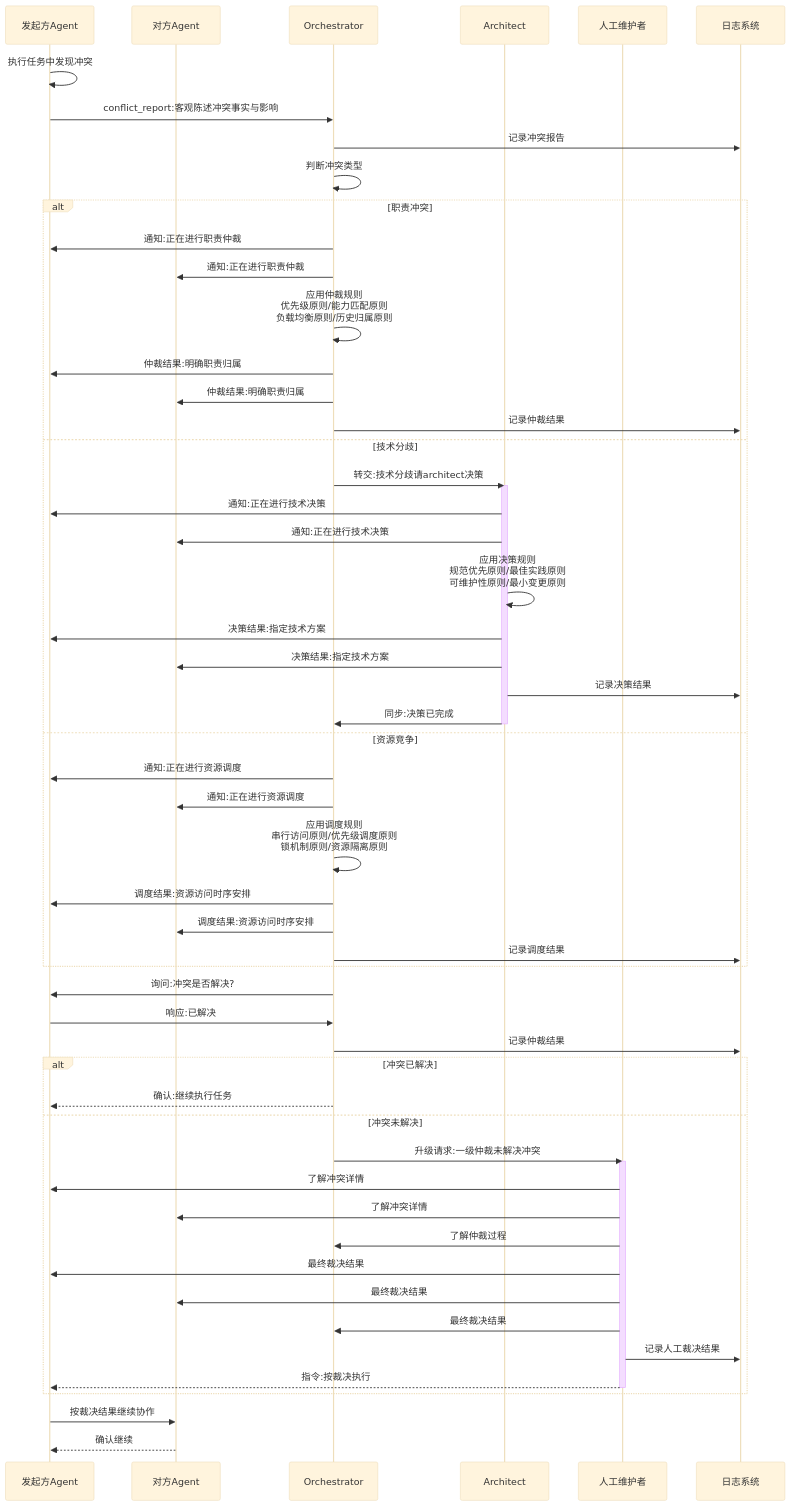
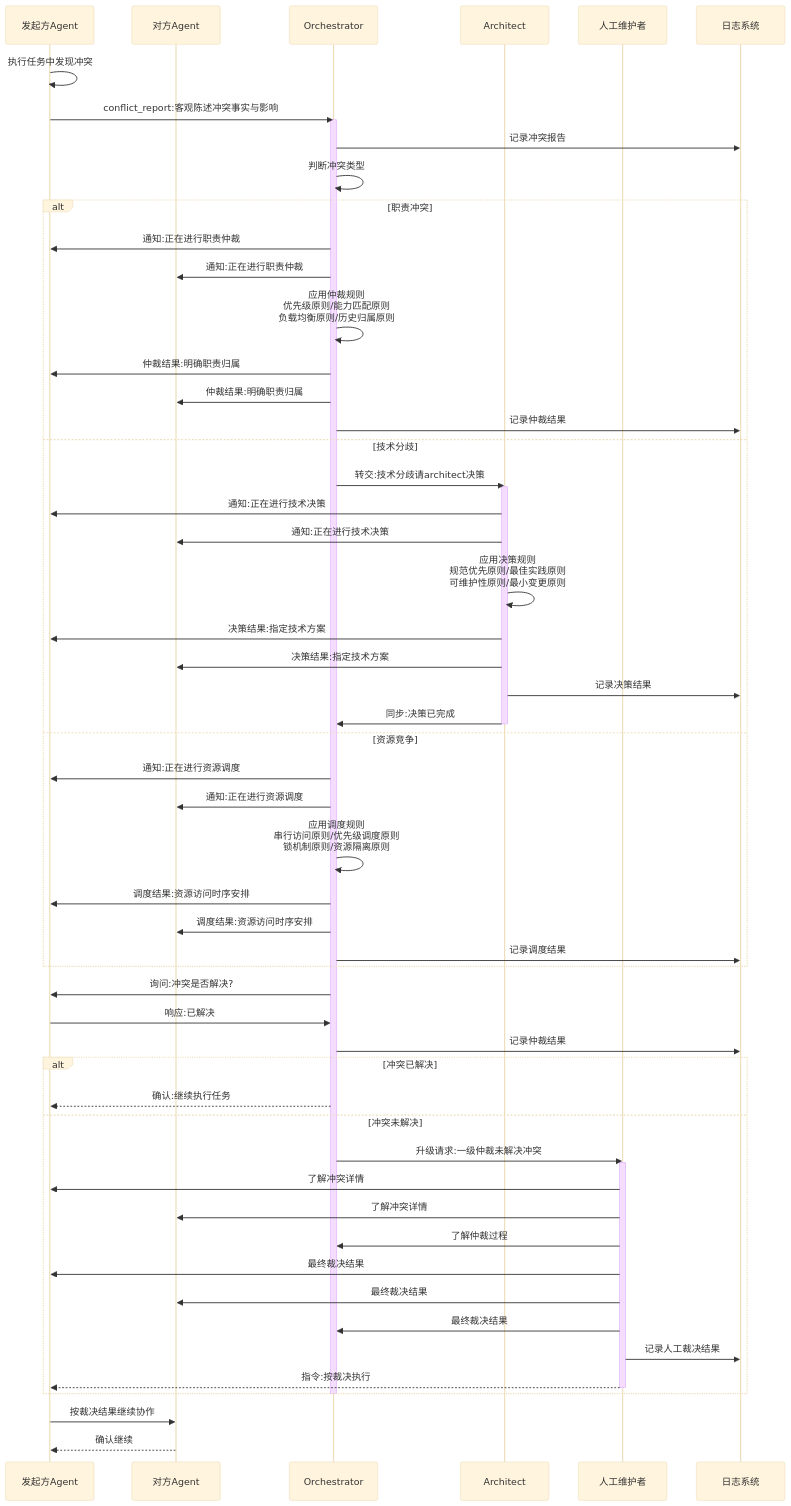
The second of 2 diagrams in docs/architecture/multi-agent-collab.md (xinetzone/SpecWeave), drawn with Mermaid (base theme) before and after one commit. The commit also changed 6 other files, not shown here.

First line of the commit message:
fix(collaboration): 修复冲突解决机制死锁风险并沉淀复盘与Checklist模板 [prevent: test-case, architecture, rule-update]

````diff
--- a/docs/architecture/multi-agent-collab.md
+++ b/docs/architecture/multi-agent-collab.md
@@ -110,59 +110,61 @@
 ```mermaid
 sequenceDiagram
     participant A as 发起方Agent
     participant B as 对方Agent
     participant O as Orchestrator
     participant AR as Architect
     participant H as 人工维护者
     participant L as 日志系统
     A->>A: 执行任务中发现冲突
     A->>O: conflict_report:客观陈述冲突事实与影响
+    activate O
     O->>L: 记录冲突报告
     O->>O: 判断冲突类型
     alt 职责冲突
         O->>A: 通知:正在进行职责仲裁
         O->>B: 通知:正在进行职责仲裁
         O->>O: 应用仲裁规则<br/>优先级原则/能力匹配原则<br/>负载均衡原则/历史归属原则
         O->>A: 仲裁结果:明确职责归属
         O->>B: 仲裁结果:明确职责归属
         O->>L: 记录仲裁结果
     else 技术分歧
         O->>AR: 转交:技术分歧请architect决策
         activate AR
         AR->>A: 通知:正在进行技术决策
         AR->>B: 通知:正在进行技术决策
         AR->>AR: 应用决策规则<br/>规范优先原则/最佳实践原则<br/>可维护性原则/最小变更原则
         AR->>A: 决策结果:指定技术方案
         AR->>B: 决策结果:指定技术方案
         AR->>L: 记录决策结果
         AR->>O: 同步:决策已完成
         deactivate AR
     else 资源竞争
         O->>A: 通知:正在进行资源调度
         O->>B: 通知:正在进行资源调度
         O->>O: 应用调度规则<br/>串行访问原则/优先级调度原则<br/>锁机制原则/资源隔离原则
         O->>A: 调度结果:资源访问时序安排
         O->>B: 调度结果:资源访问时序安排
         O->>L: 记录调度结果
     end
     O->>A: 询问:冲突是否解决?
     A->>O: 响应:已解决
     O->>L: 记录仲裁结果
     alt 冲突已解决
         O-->>A: 确认:继续执行任务
     else 冲突未解决
         O->>H: 升级请求:一级仲裁未解决冲突
         activate H
         H->>A: 了解冲突详情
         H->>B: 了解冲突详情
         H->>O: 了解仲裁过程
         H->>A: 最终裁决结果
         H->>B: 最终裁决结果
         H->>O: 最终裁决结果
         H->>L: 记录人工裁决结果
         H-->>A: 指令:按裁决执行
         deactivate H
     end
+    deactivate O
     A->>B: 按裁决结果继续协作
     B-->>A: 确认继续
 ```
````
